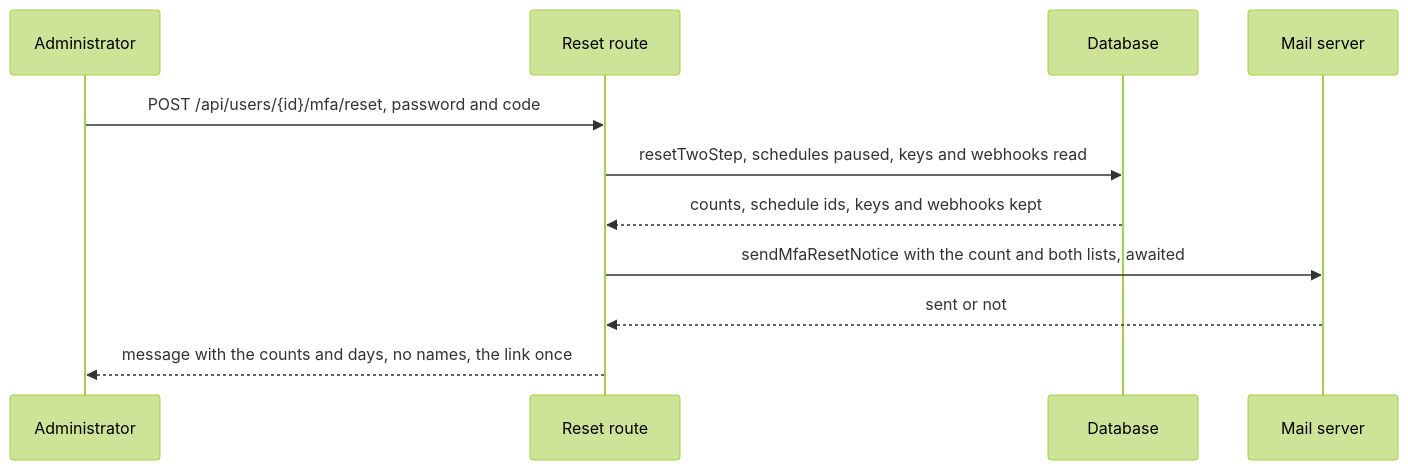
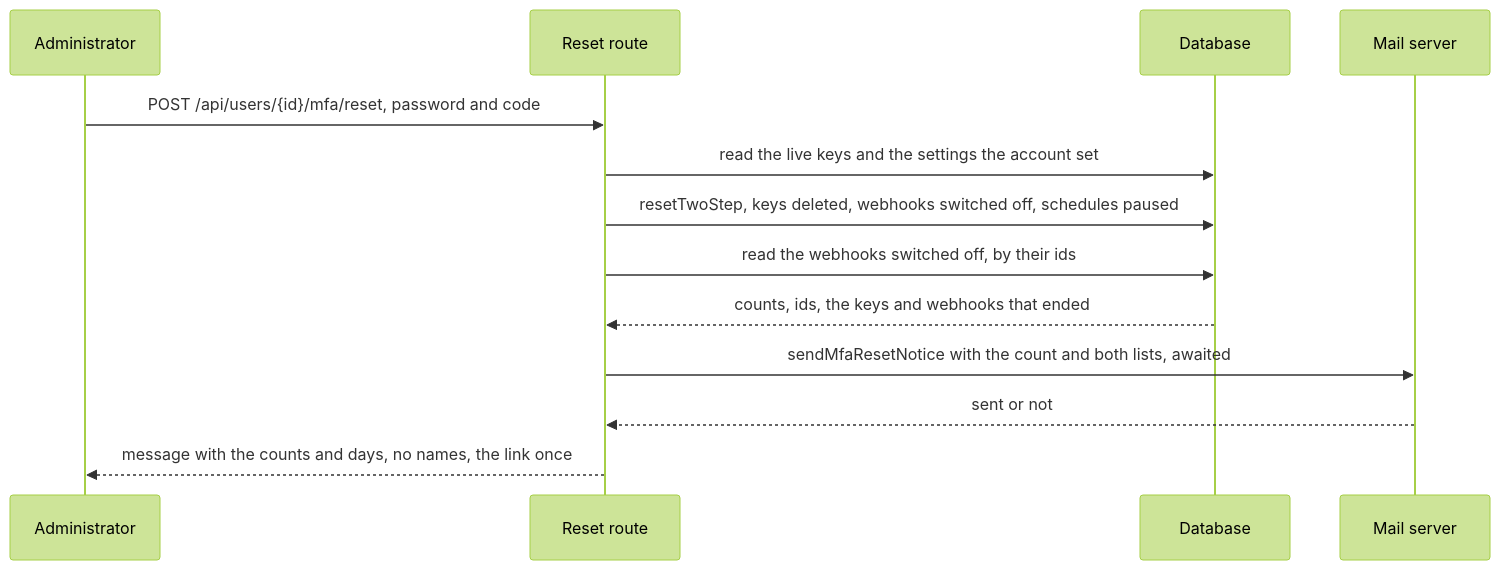
One commit to gitBoon/DumpFire changed diagram 13 of 45 in docs/notifications-email.md. Above: the diagram before and after it, drawn with Mermaid (forest theme). The commit also changed other lines of this file and 29 other files, not shown here.

First line of the commit message:
feat!: an administrator's two-step reset ends the account's API keys and switches off its webhooks (2915)

````diff
--- a/docs/notifications-email.md
+++ b/docs/notifications-email.md
@@ -936,13 +946,15 @@
 ```mermaid
 sequenceDiagram
     participant A as Administrator
     participant R as Reset route
     participant D as Database
     participant M as Mail server
     A->>R: POST /api/users/{id}/mfa/reset, password and code
-    R->>D: resetTwoStep, schedules paused, keys and webhooks read
-    D-->>R: counts, schedule ids, keys and webhooks kept
+    R->>D: read the live keys and the settings the account set
+    R->>D: resetTwoStep, keys deleted, webhooks switched off, schedules paused
+    R->>D: read the webhooks switched off, by their ids
+    D-->>R: counts, ids, the keys and webhooks that ended
     R->>M: sendMfaResetNotice with the count and both lists, awaited
     M-->>R: sent or not
     R-->>A: message with the counts and days, no names, the link once
 ```
````
